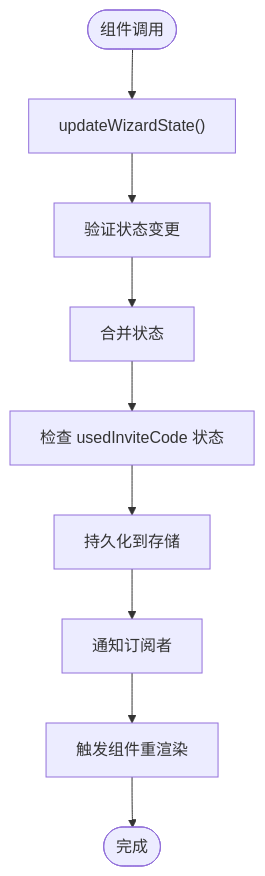
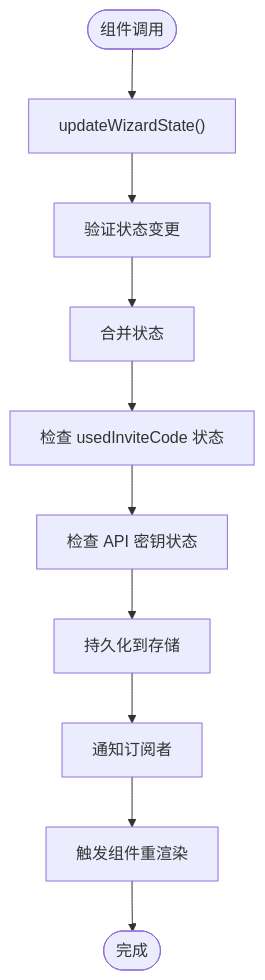
Before and after one commit to verse-ai-org/openclaw: the sixth of 14 diagrams in .qoder/repowiki/zh/content/设置向导状态管理.md, drawn with Mermaid. The commit also changed other lines of this file and 7 other files, not shown here.

````diff
--- a/.qoder/repowiki/zh/content/设置向导状态管理.md
+++ b/.qoder/repowiki/zh/content/设置向导状态管理.md
@@ -274,11 +301,12 @@
 ```mermaid
 flowchart TD
 Start([组件调用]) --> Action["updateWizardState()"]
 Action --> Validate["验证状态变更"]
 Validate --> Merge["合并状态"]
 Merge --> CheckInvite["检查 usedInviteCode 状态"]
-CheckInvite --> Persist["持久化到存储"]
+CheckInvite --> CheckKeys["检查 API 密钥状态"]
+CheckKeys --> Persist["持久化到存储"]
 Persist --> Notify["通知订阅者"]
 Notify --> Render["触发组件重渲染"]
 Render --> End([完成])
 ```
````
